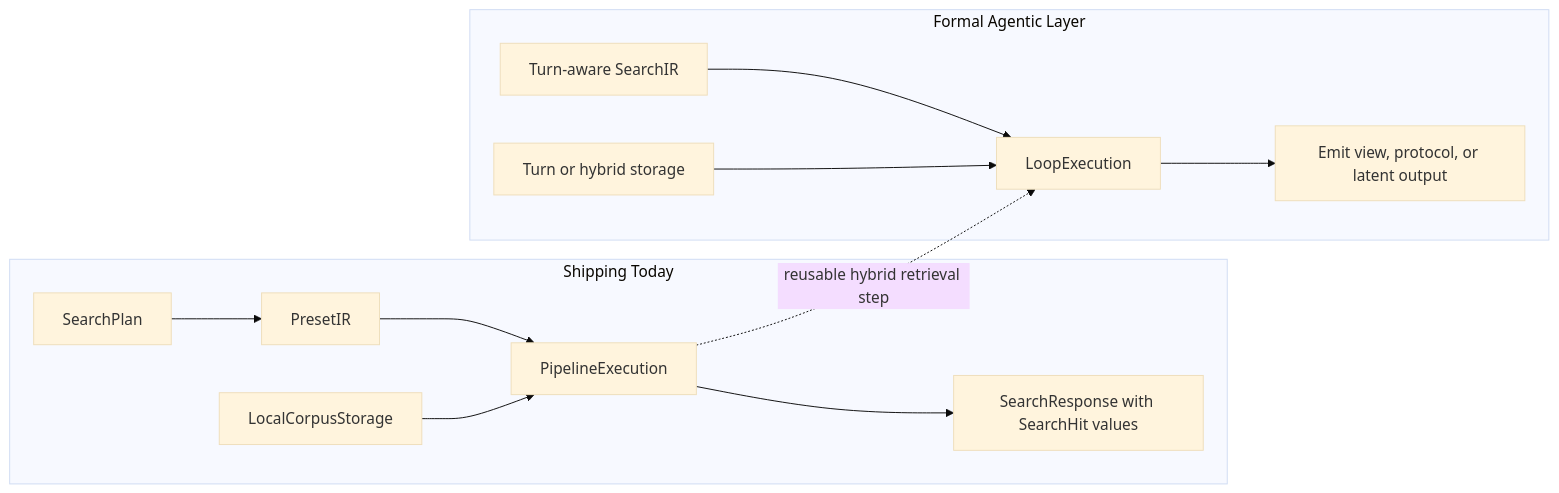
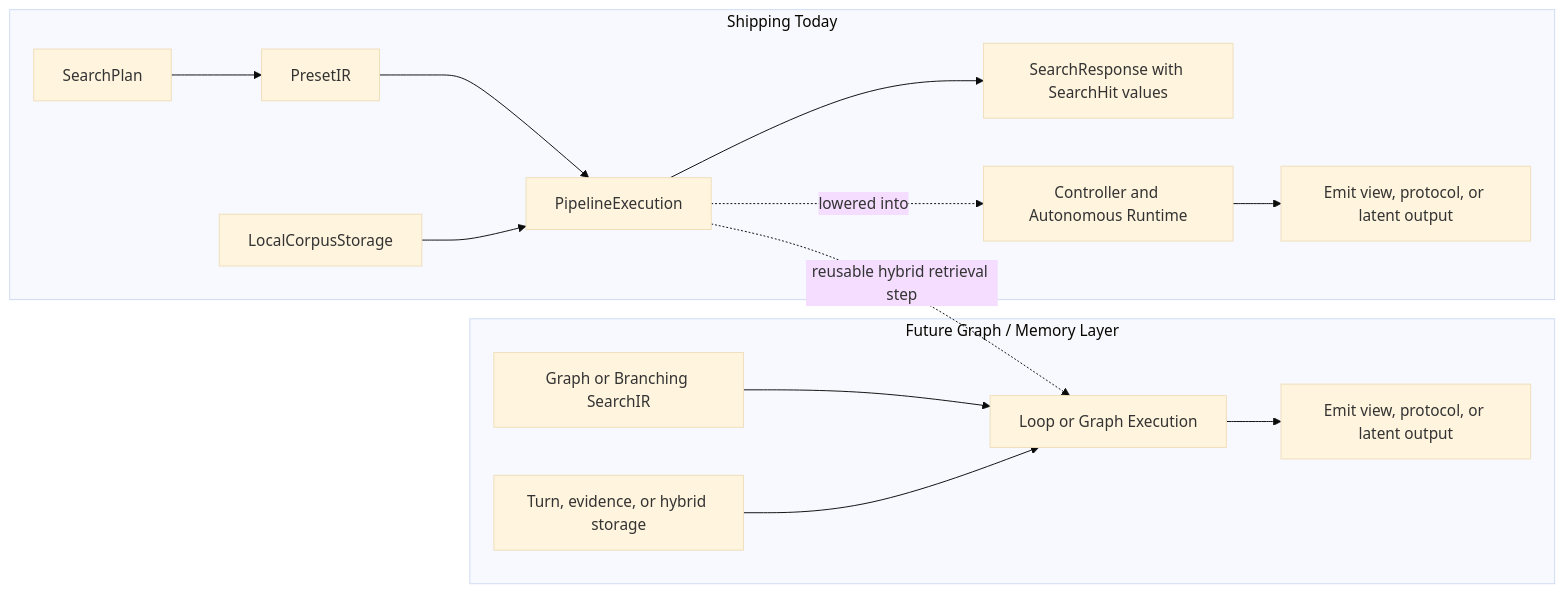
The diagram in ARCHITECTURE.md (rupurt/sift), drawn with Mermaid (base theme) before and after one commit. The commit also changed other lines of this file and 2 other files, not shown here.

Commit message:
docs: refresh autonomous planning docs

````diff
--- a/ARCHITECTURE.md
+++ b/ARCHITECTURE.md
@@ -24,17 +25,19 @@
 ```mermaid
 flowchart LR
   subgraph Current ["Shipping Today"]
     A[SearchPlan] --> B[PresetIR]
     B --> C[PipelineExecution]
     D[LocalCorpusStorage] --> C
     C --> E[SearchResponse with SearchHit values]
+    C -. lowered into .-> F[Controller and Autonomous Runtime]
+    F --> G[Emit view, protocol, or latent output]
   end
 
-  subgraph Target ["Formal Agentic Layer"]
-    F[Turn-aware SearchIR] --> G[LoopExecution]
-    H[Turn or hybrid storage] --> G
-    G --> I[Emit view, protocol, or latent output]
+  subgraph Target ["Future Graph / Memory Layer"]
+    H[Graph or Branching SearchIR] --> I[Loop or Graph Execution]
+    J[Turn, evidence, or hybrid storage] --> I
+    I --> K[Emit view, protocol, or latent output]
   end
 
-  C -. reusable hybrid retrieval step .-> G
+  C -. reusable hybrid retrieval step .-> I
 ```
````
